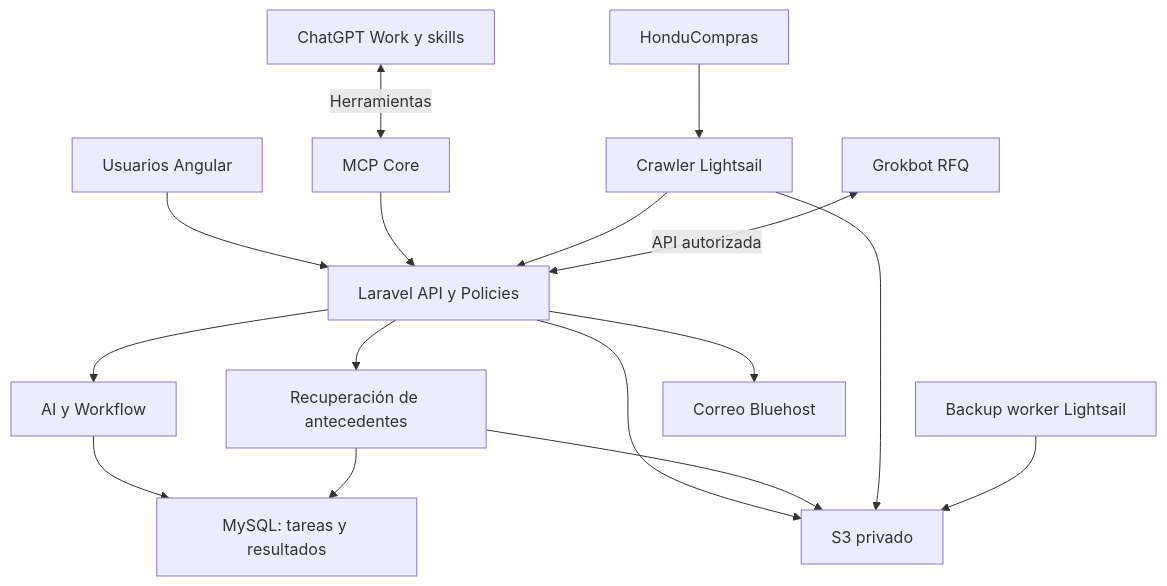
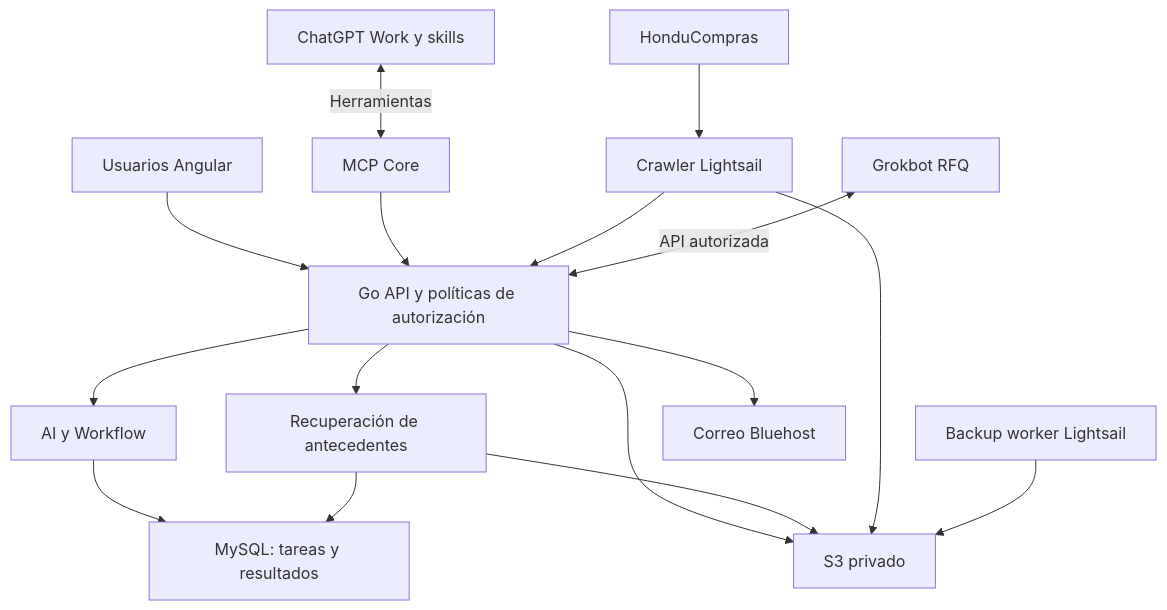
The diagram in docs/Proyecto_Bastion_Documento_Maestro.md (Ahcast/Bastion), drawn with Mermaid before and after one commit. The commit also changed other lines of this file and 205 other files, not shown here.

````diff
--- a/docs/Proyecto_Bastion_Documento_Maestro.md
+++ b/docs/Proyecto_Bastion_Documento_Maestro.md
@@ -166,18 +165,18 @@
 ```mermaid
 flowchart TB
-    U["Usuarios Angular"] --> API["Laravel API y Policies"]
+    U["Usuarios Angular"] --> API["Go API y políticas de autorización"]
     WORK["ChatGPT Work y skills"] <-->|Herramientas| MCP["MCP Core"]
     MCP --> API
     API --> AI["AI y Workflow"]
     AI --> DB["MySQL: tareas y resultados"]
     API --> S3["S3 privado"]
     API --> RAG["Recuperación de antecedentes"]
     RAG --> DB
     RAG --> S3
     HC["HonduCompras"] --> CR["Crawler Lightsail"]
     CR --> API
     CR --> S3
     BW["Backup worker Lightsail"] --> S3
     GB["Grokbot RFQ"] <-->|API autorizada| API
     API --> MAIL["Correo Bluehost"]
 ```
````
